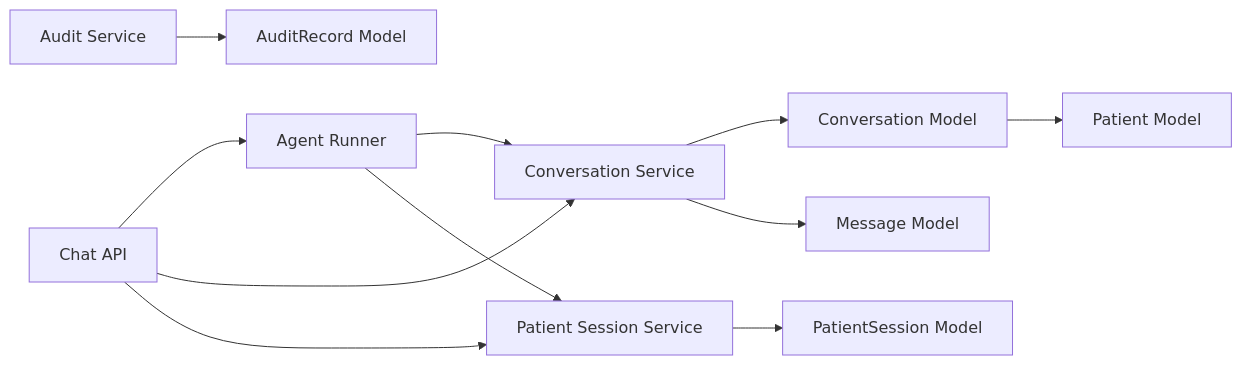
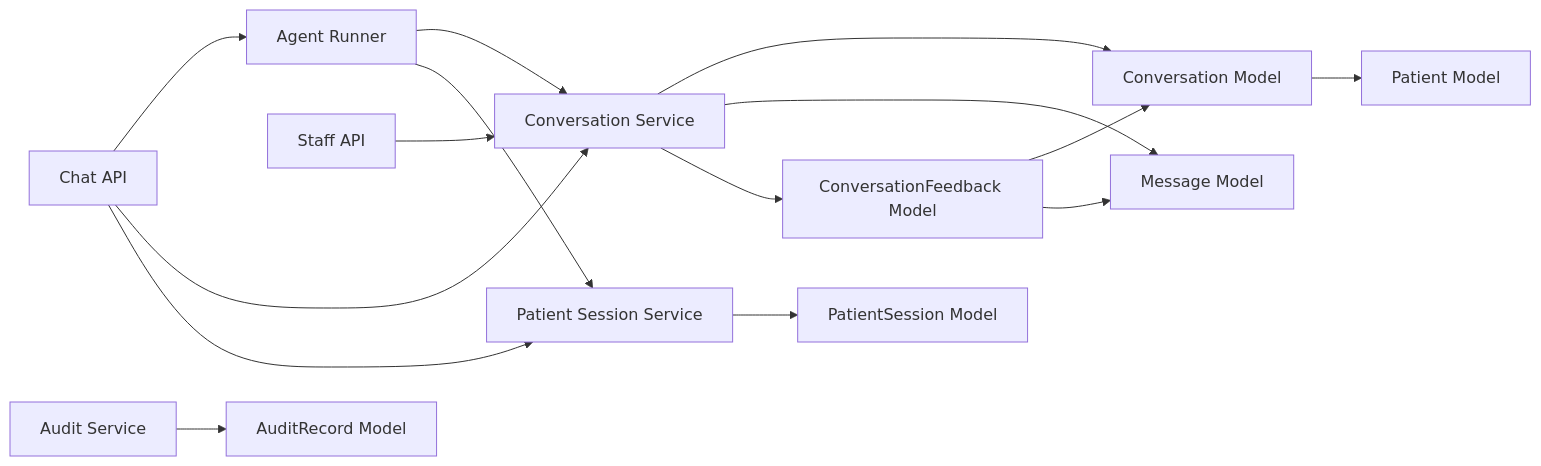
One commit to gokulkaarthicks/dental-chatbot changed diagram 15 of 15 in .qoder/repowiki/en/content/Data Models/Conversation and Messaging Models.md. Above: the diagram before and after it, drawn with Mermaid. The commit also changed other lines of this file and 280 other files, not shown here.

````diff
--- a/.qoder/repowiki/en/content/Data Models/Conversation and Messaging Models.md
+++ b/.qoder/repowiki/en/content/Data Models/Conversation and Messaging Models.md
@@ -588,13 +716,17 @@
 ```mermaid
 graph LR
 ChatAPI["Chat API"] --> Runner["Agent Runner"]
 ChatAPI --> ConvSvc["Conversation Service"]
 ChatAPI --> SessionSvc["Patient Session Service"]
+StaffAPI["Staff API"] --> ConvSvc
 Runner --> ConvSvc
 Runner --> SessionSvc
 ConvSvc --> ConvModel["Conversation Model"]
 ConvSvc --> MsgModel["Message Model"]
+ConvSvc --> FeedbackModel["ConversationFeedback Model"]
 SessionSvc --> SessionModel["PatientSession Model"]
 ConvModel --> PatientModel["Patient Model"]
+FeedbackModel --> ConvModel
+FeedbackModel --> MsgModel
 AuditSvc["Audit Service"] --> AuditModel["AuditRecord Model"]
 ```
````
